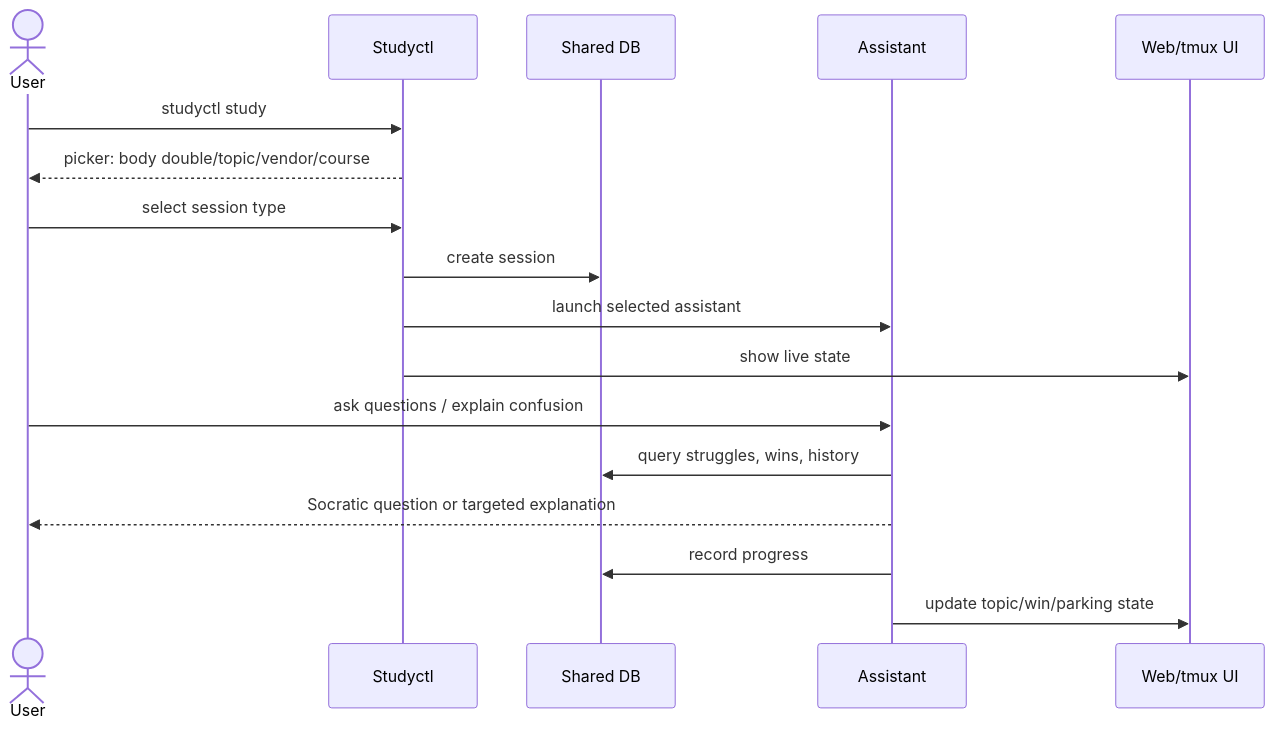
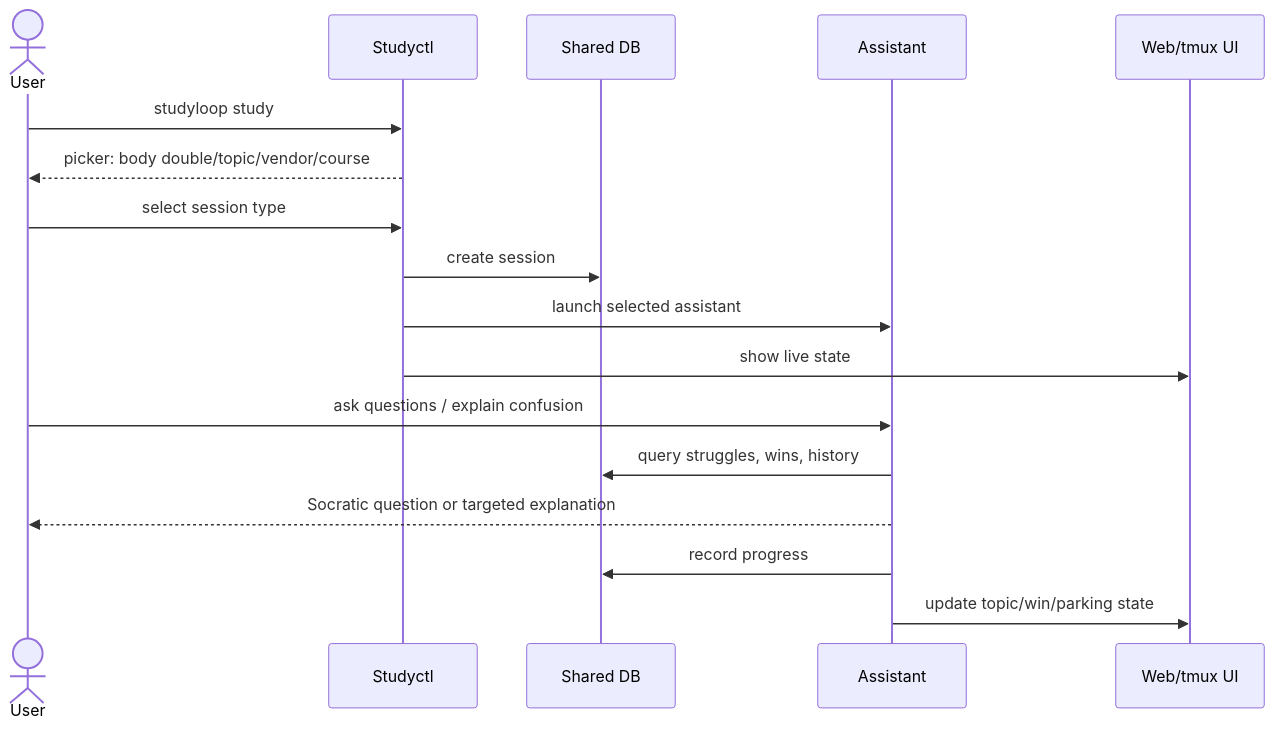
The second of 4 diagrams in docs/system-overview.md (NetDevAutomate/StudyLoop), drawn with Mermaid before and after one commit. The commit also changed other lines of this file and 90 other files, not shown here.

````diff
--- a/docs/system-overview.md
+++ b/docs/system-overview.md
@@ -64,20 +64,20 @@
 ```mermaid
 sequenceDiagram
     actor User
     participant Studyctl
     participant DB as Shared DB
     participant Agent as Assistant
     participant UI as Web/tmux UI
 
-    User->>Studyctl: studyctl study
+    User->>Studyctl: studyloop study
     Studyctl-->>User: picker: body double/topic/vendor/course
     User->>Studyctl: select session type
     Studyctl->>DB: create session
     Studyctl->>Agent: launch selected assistant
     Studyctl->>UI: show live state
     User->>Agent: ask questions / explain confusion
     Agent->>DB: query struggles, wins, history
     Agent-->>User: Socratic question or targeted explanation
     Agent->>DB: record progress
     Agent->>UI: update topic/win/parking state
 ```
````
